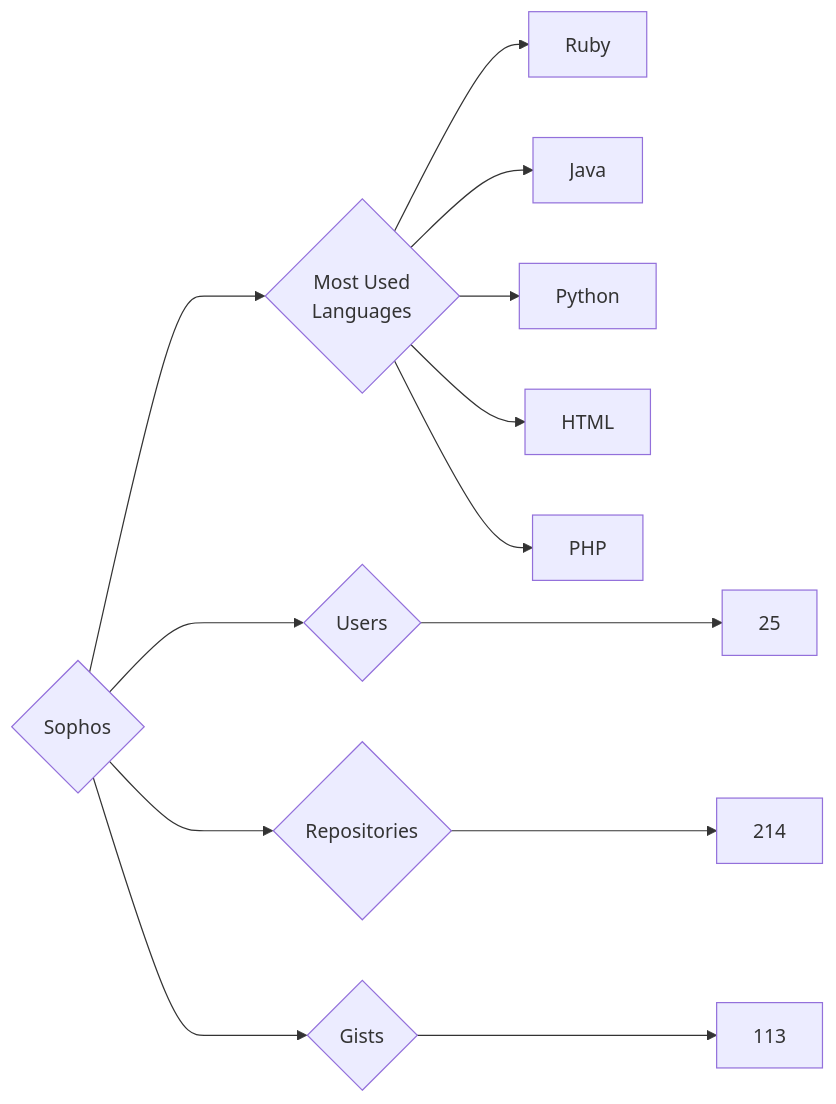
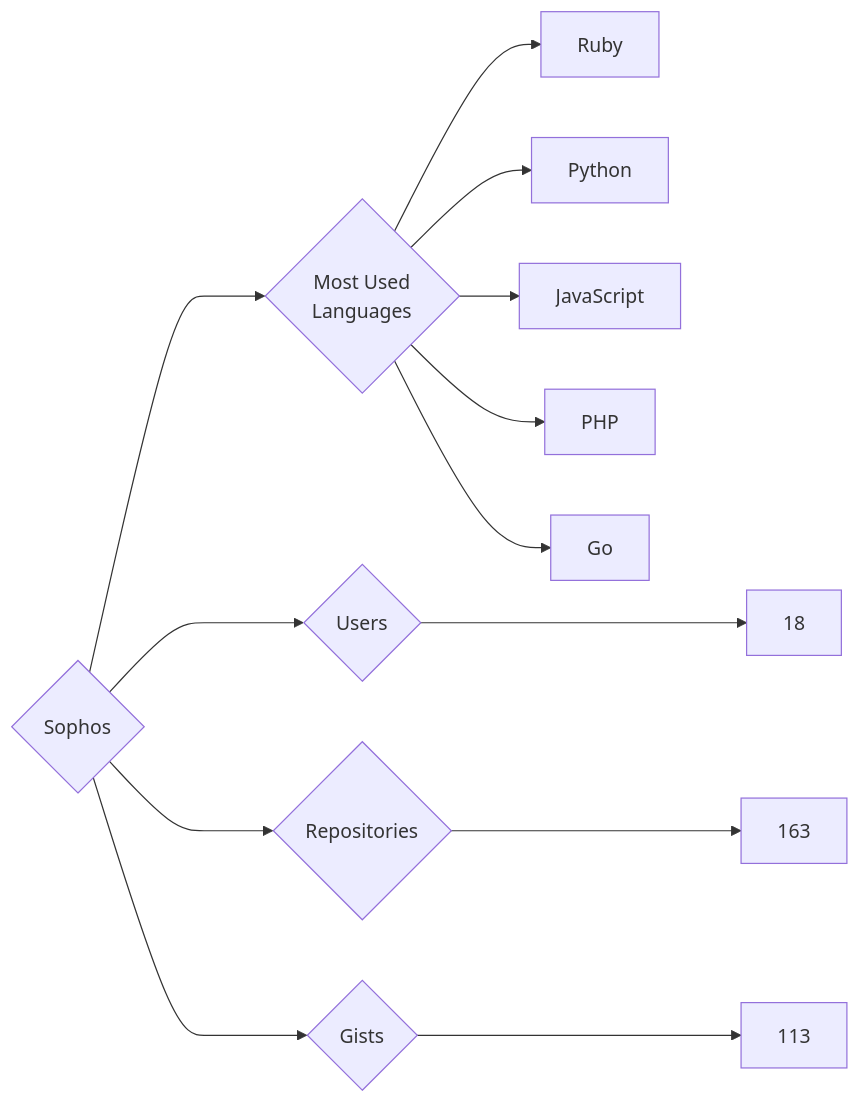
One commit to trickest/insiders changed the diagram in targets/Sophos/README.md. Above: the diagram before and after it, drawn with Mermaid. The commit also changed 939 other files, not shown here.

````diff
--- a/targets/Sophos/README.md
+++ b/targets/Sophos/README.md
@@ -3,13 +3,13 @@
 ```mermaid
 graph LR
 COMPANY_NAME{Sophos}
-COMPANY_NAME ---> U{Users} ---> UN[25]
-COMPANY_NAME ---> R{Repositories} ---> RN[214]
+COMPANY_NAME ---> U{Users} ---> UN[18]
+COMPANY_NAME ---> R{Repositories} ---> RN[163]
 COMPANY_NAME ---> G{Gists} ---> GN[113]
 COMPANY_NAME ---> ML{Most Used<br>Languages}
 ML --> Ruby[Ruby]
-ML --> Java[Java]
 ML --> Python[Python]
-ML --> HTML[HTML]
+ML --> JavaScript[JavaScript]
 ML --> PHP[PHP]
+ML --> Go[Go]
 ```
````
